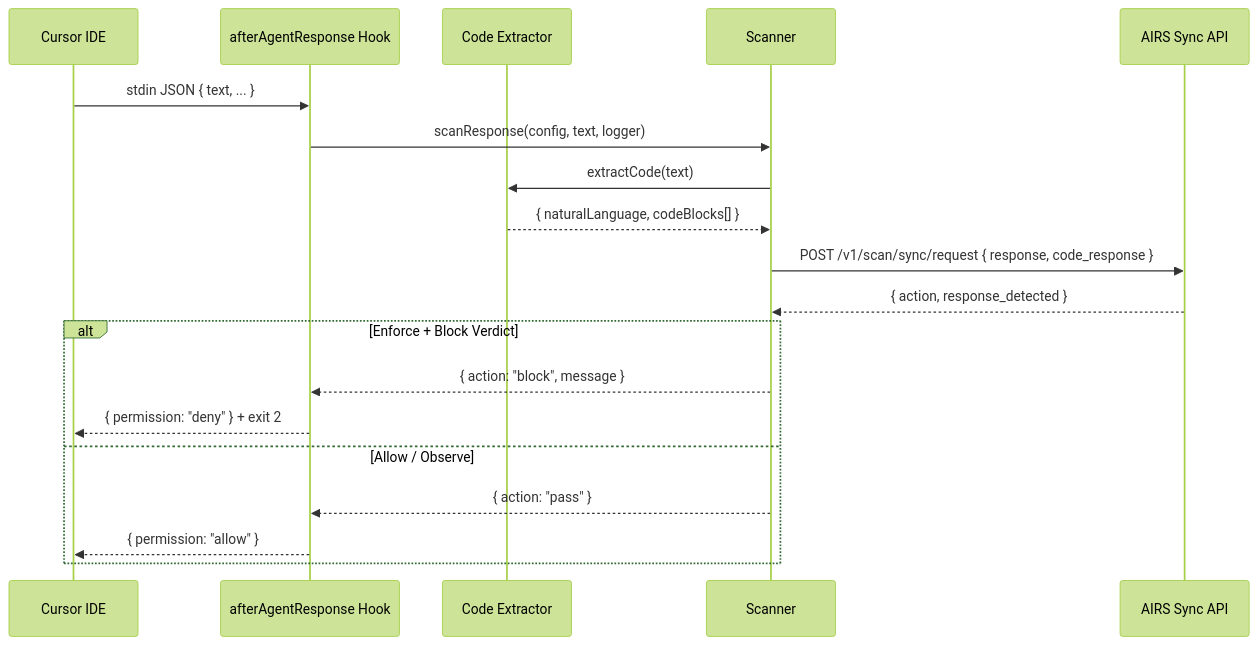
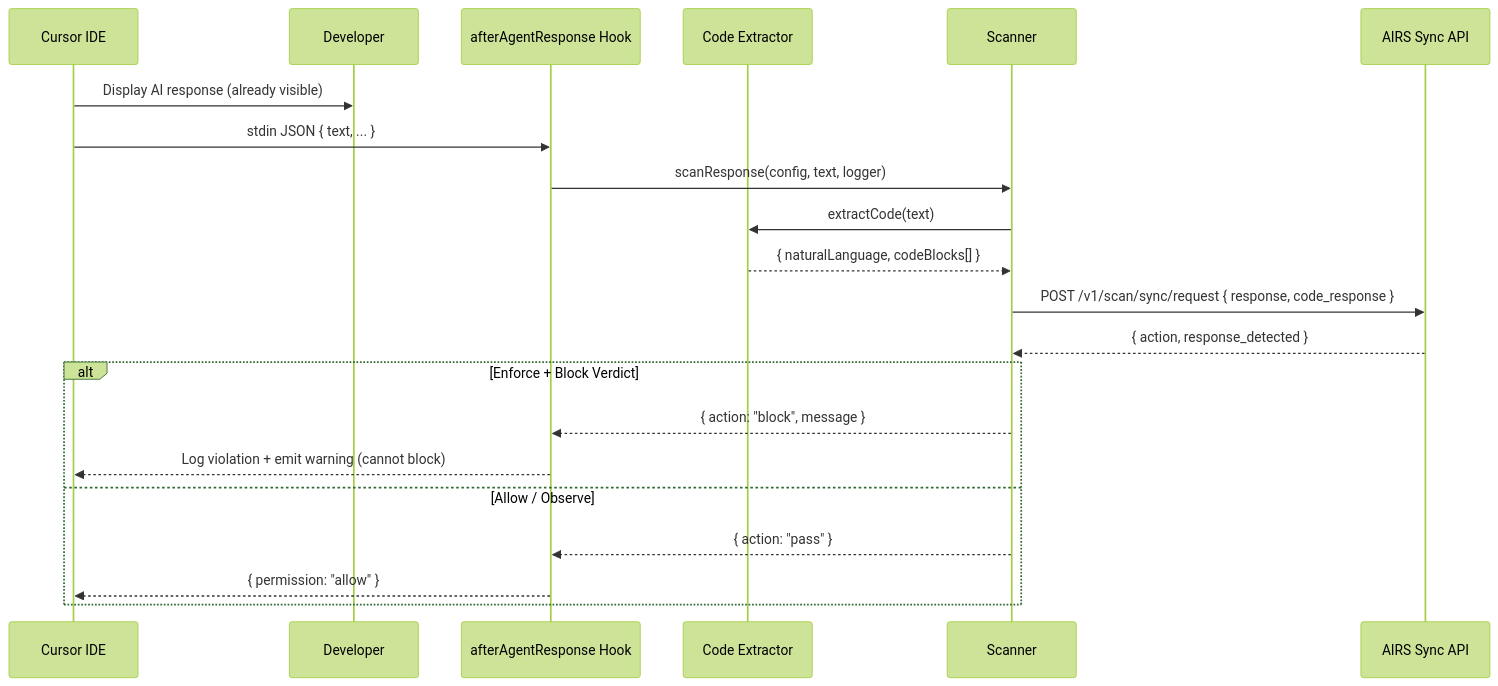
Before and after one commit to cdot65/prisma-airs-cursor-hooks: the second of 2 diagrams in docs/architecture/scanning-flow.md, drawn with Mermaid (forest theme). The commit also changed other lines of this file and 10 other files, not shown here.

First line of the commit message:
fix(hooks): afterAgentResponse is observe-only, cannot block responses

````diff
--- a/docs/architecture/scanning-flow.md
+++ b/docs/architecture/scanning-flow.md
@@ -36,22 +39,24 @@
 ```mermaid
 sequenceDiagram
     participant C as Cursor IDE
+    participant U as Developer
     participant H as afterAgentResponse Hook
     participant X as Code Extractor
     participant S as Scanner
     participant A as AIRS Sync API
 
+    C->>U: Display AI response (already visible)
     C->>H: stdin JSON { text, ... }
     H->>S: scanResponse(config, text, logger)
     S->>X: extractCode(text)
     X-->>S: { naturalLanguage, codeBlocks[] }
     S->>A: POST /v1/scan/sync/request { response, code_response }
     A-->>S: { action, response_detected }
     alt Enforce + Block Verdict
         S-->>H: { action: "block", message }
-        H-->>C: { permission: "deny" } + exit 2
+        H-->>C: Log violation + emit warning (cannot block)
     else Allow / Observe
         S-->>H: { action: "pass" }
         H-->>C: { permission: "allow" }
     end
 ```
````
